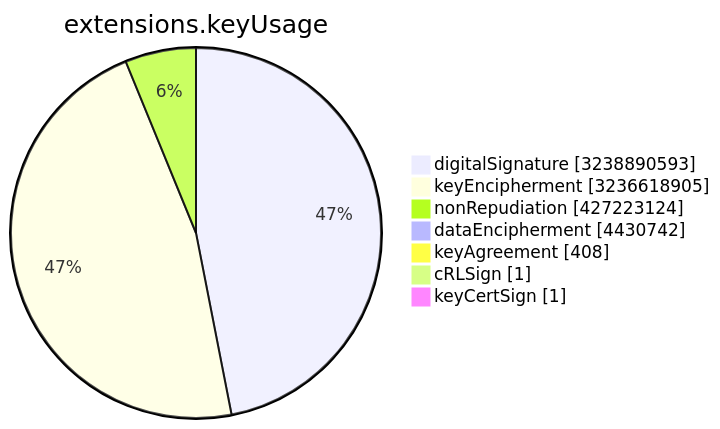
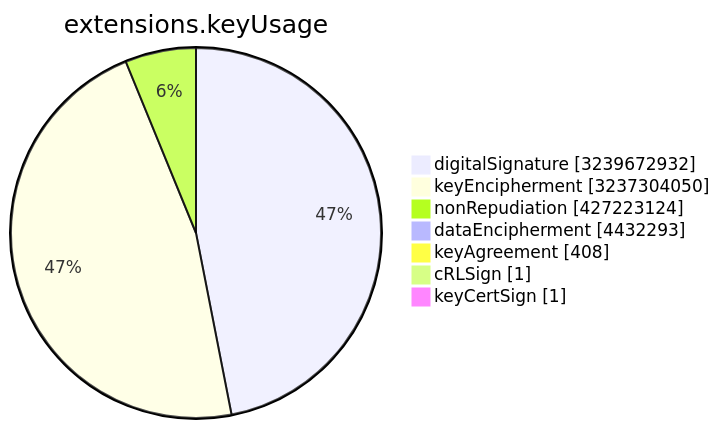
One commit to christiankrug/ctmonitor_visualization changed the sixth of 15 diagrams in TOTAL/README.md. Above: the diagram before and after it, drawn with Mermaid. The commit also changed other lines of this file, not shown here.

````diff
--- a/TOTAL/README.md
+++ b/TOTAL/README.md
@@ -3077,11 +3077,11 @@
 ```mermaid
 pie showData
 title extensions.keyUsage
-"digitalSignature" :3238890593
-"keyEncipherment" :3236618905
+"digitalSignature" :3239672932
+"keyEncipherment" :3237304050
 "nonRepudiation" :427223124
-"dataEncipherment" :4430742
+"dataEncipherment" :4432293
 "keyAgreement" :408
 "cRLSign" :1
 "keyCertSign" :1
 ```
````
